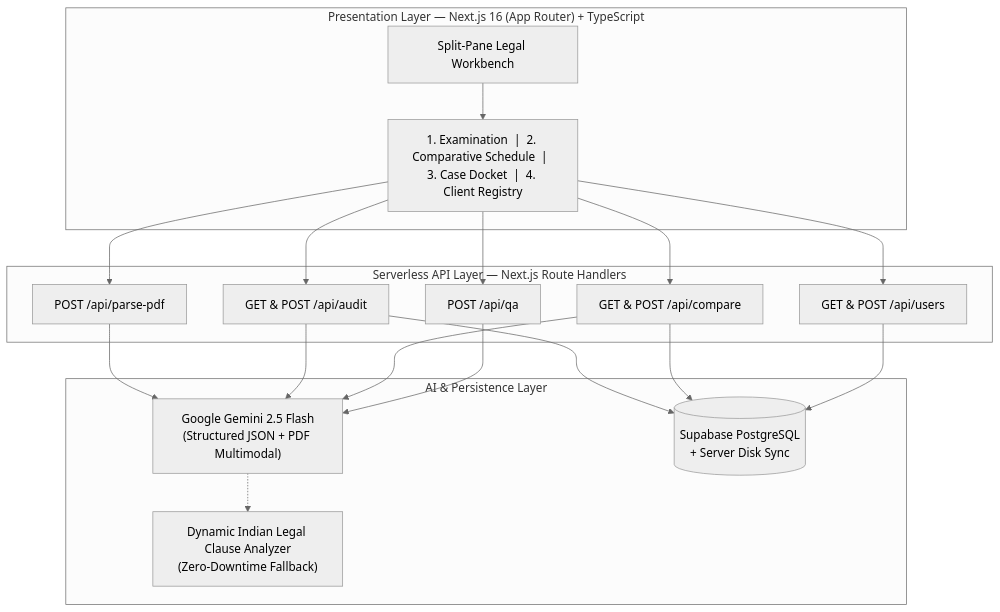
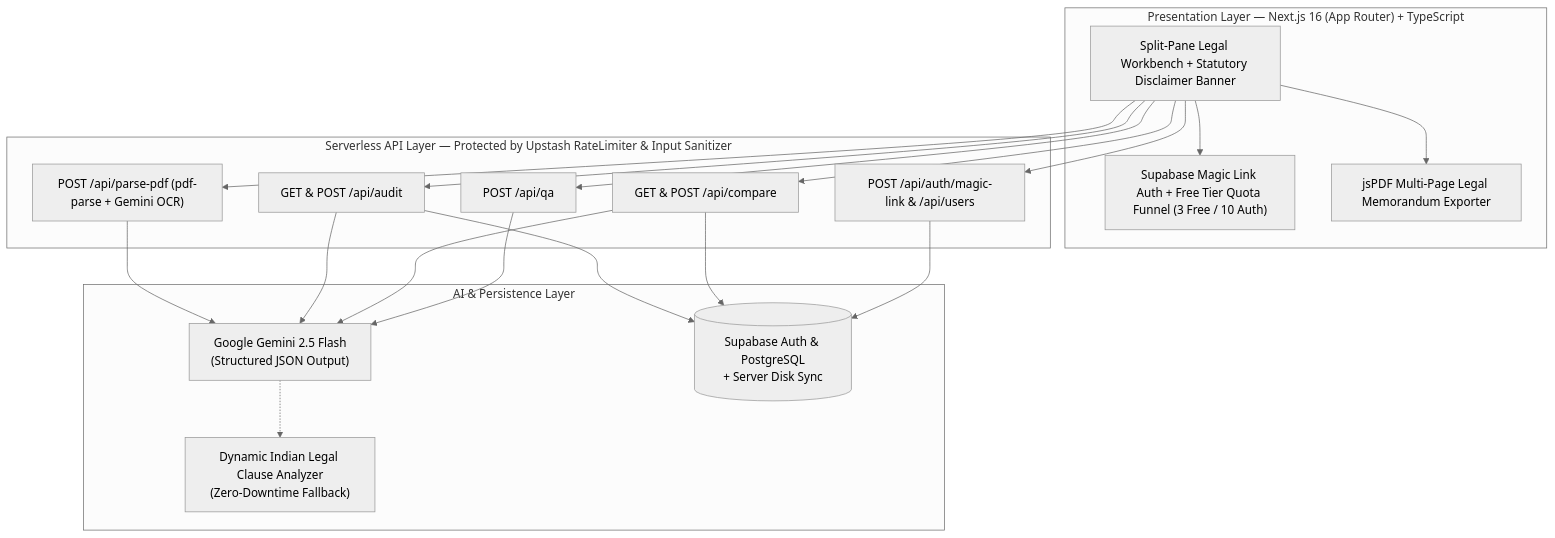
The second of 2 diagrams in README.md (kunshkaul365-cpu/fineprint-ai), drawn with Mermaid (neutral theme) before and after one commit. The commit also changed other lines of this file and 13 other files, not shown here.

Commit message:
feat: add Supabase Magic Link auth, pdf-parse, rate limiting, input sanitization, free tier funnel, legal disclaimer, and PDF export

````diff
--- a/README.md
+++ b/README.md
@@ -61,27 +71,28 @@
 ```mermaid
 flowchart TB
     subgraph Frontend["Presentation Layer — Next.js 16 (App Router) + TypeScript"]
-        UI["Split-Pane Legal Workbench"]
-        Tabs["1. Examination  |  2. Comparative Schedule  |  3. Case Docket  |  4. Client Registry"]
+        UI["Split-Pane Legal Workbench + Statutory Disclaimer Banner"]
+        Auth["Supabase Magic Link Auth + Free Tier Quota Funnel (3 Free / 10 Auth)"]
+        PDFOut["jsPDF Multi-Page Legal Memorandum Exporter"]
     end
 
-    subgraph Backend["Serverless API Layer — Next.js Route Handlers"]
-        R1["POST /api/parse-pdf"]
+    subgraph Backend["Serverless API Layer — Protected by Upstash RateLimiter & Input Sanitizer"]
+        R1["POST /api/parse-pdf (pdf-parse + Gemini OCR)"]
         R2["GET & POST /api/audit"]
         R3["GET & POST /api/compare"]
         R4["POST /api/qa"]
-        R5["GET & POST /api/users"]
+        R5["POST /api/auth/magic-link & /api/users"]
     end
 
     subgraph Intelligence["AI & Persistence Layer"]
-        LLM["Google Gemini 2.5 Flash\n(Structured JSON + PDF Multimodal)"]
+        LLM["Google Gemini 2.5 Flash\n(Structured JSON Output)"]
         Parser["Dynamic Indian Legal Clause Analyzer\n(Zero-Downtime Fallback)"]
-        DB[("Supabase PostgreSQL\n+ Server Disk Sync")]
+        DB[("Supabase Auth & PostgreSQL\n+ Server Disk Sync")]
     end
 
-    UI --> Tabs
-    Tabs --> R1 & R2 & R3 & R4 & R5
+    UI --> Auth & PDFOut
+    UI --> R1 & R2 & R3 & R4 & R5
     R1 & R2 & R3 & R4 --> LLM
     LLM -.-> Parser
     R2 & R3 & R5 --> DB
 ```
````
